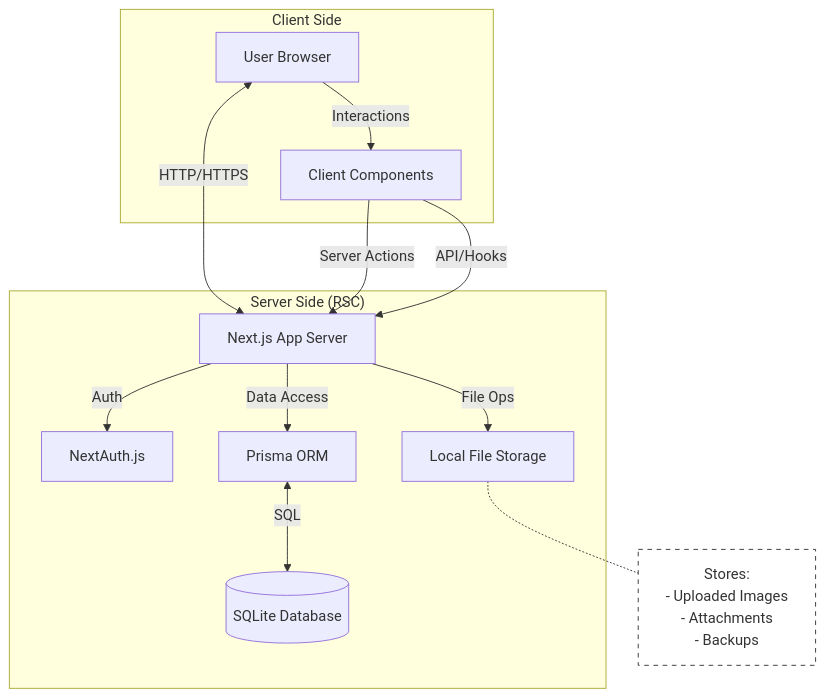
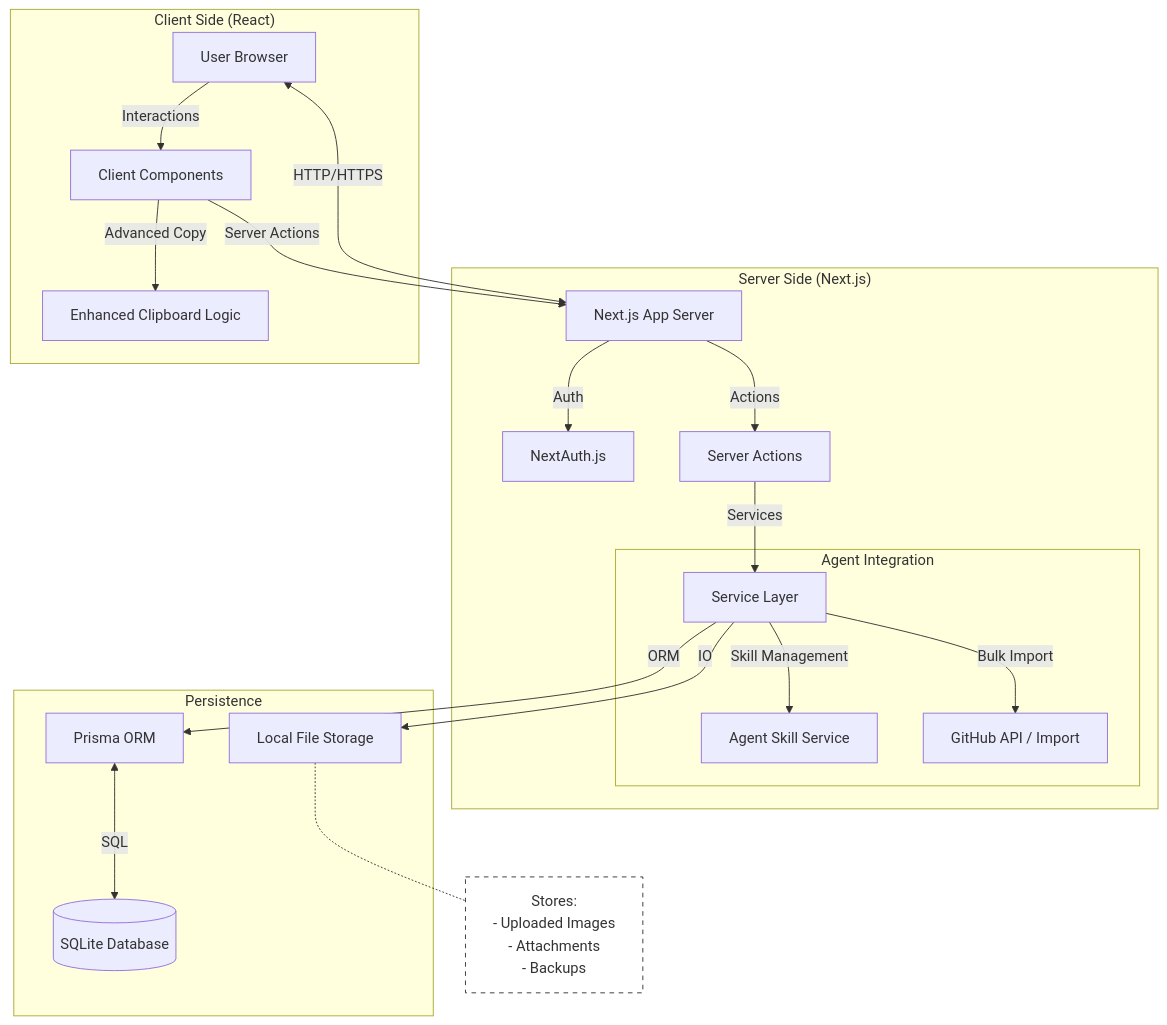
One commit to jovd83/prompthive changed the diagram in docs/diagrams/architecture.mmd. Above: the diagram before and after it, drawn with Mermaid. The commit also changed 98 other files, not shown here.

Commit message:
feat: release 4.0.1 - Agent Integration, Advanced Copy, and Source-of-Truth Policy

```diff
--- a/docs/diagrams/architecture.mmd
+++ b/docs/diagrams/architecture.mmd
@@ -1,18 +1,28 @@
 graph TD
     User[User Browser] <-->|HTTP/HTTPS| Next[Next.js App Server];
     
-    subgraph "Server Side (RSC)"
+    subgraph "Server Side (Next.js)"
         Next -->|Auth| NextAuth[NextAuth.js];
-        Next -->|Data Access| Prisma[Prisma ORM];
+        Next -->|Actions| Actions[Server Actions];
+        Actions -->|Services| Services[Service Layer];
+        
+        subgraph "Agent Integration"
+            Services -->|Skill Management| Skills[Agent Skill Service];
+            Services -->|Bulk Import| GitHub[GitHub API / Import];
+        end
+    end
+
+    subgraph "Persistence"
+        Services -->|ORM| Prisma[Prisma ORM];
         Prisma <-->|SQL| DB[(SQLite Database)];
-        Next -->|File Ops| FS[Local File Storage];
+        Services -->|IO| FS[Local File Storage];
     end
     
-    subgraph "Client Side"
+    subgraph "Client Side (React)"
         User -->|Interactions| Components[Client Components];
         Components -->|Server Actions| Next;
-        Components -->|API/Hooks| Next;
+        Components -->|Advanced Copy| Clipboard[Enhanced Clipboard Logic];
     end
     
     FS -.- NoteFS[Stores:<br/>- Uploaded Images<br/>- Attachments<br/>- Backups]
     style NoteFS fill:#fff,stroke:#333,stroke-dasharray: 5 5
```
